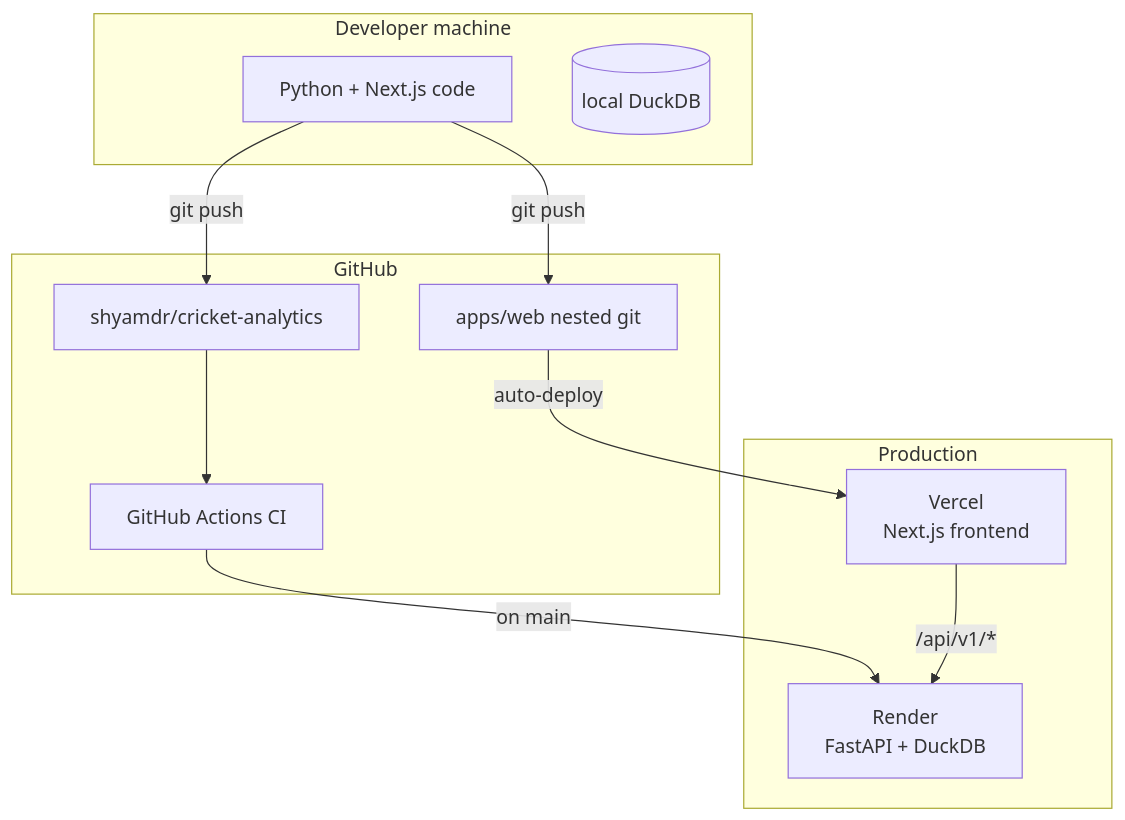
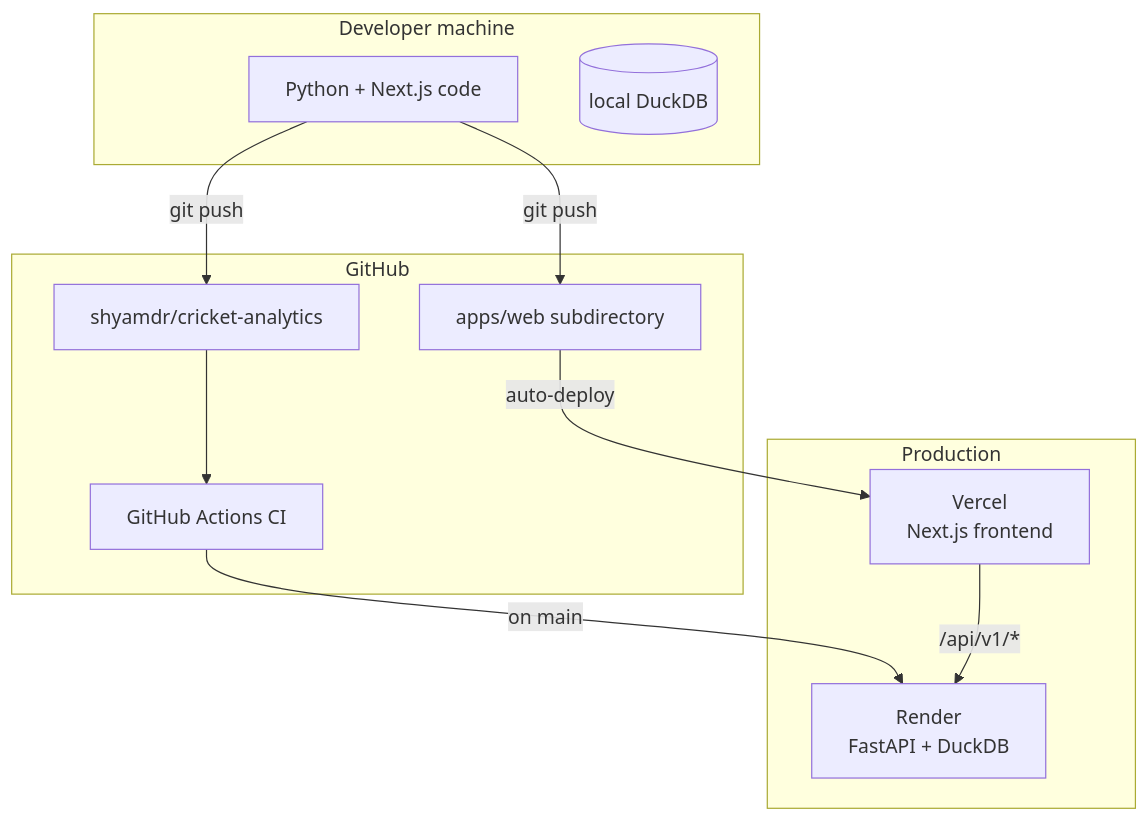
One commit to shyamdr/cricket-analytics changed the fifth of 5 diagrams in docs/architecture.md. Above: the diagram before and after it, drawn with Mermaid. The commit also changed 8 other files, not shown here.

````diff
--- a/docs/architecture.md
+++ b/docs/architecture.md
@@ -197,25 +197,25 @@
 ```mermaid
 flowchart TB
     subgraph Dev["Developer machine"]
         Code[Python + Next.js code]
         LocalDB[(local DuckDB)]
     end
 
     subgraph GH["GitHub"]
         Repo[shyamdr/cricket-analytics]
-        VRepo[apps/web nested git]
+        VRepo[apps/web subdirectory]
         CI[GitHub Actions CI]
     end
 
     subgraph Prod["Production"]
         V[Vercel<br/>Next.js frontend]
         R[Render<br/>FastAPI + DuckDB]
     end
 
     Code -- git push --> Repo
     Code -- git push --> VRepo
     Repo --> CI
     CI -- on main --> R
     VRepo -- auto-deploy --> V
     V -- /api/v1/* --> R
 ```
````
